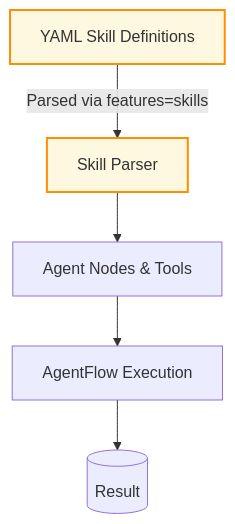
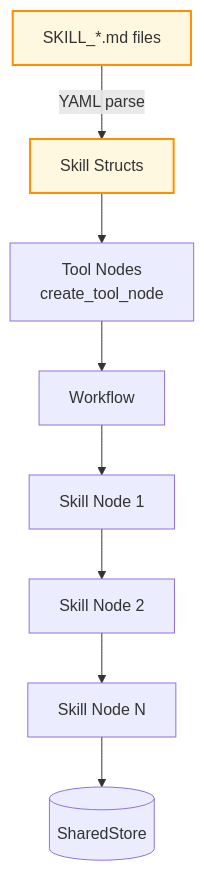
Before and after one commit to EzekTec-Inc/AgentFlow: the diagram in examples/RUST_AGENTIC_SKILLS.md, drawn with Mermaid. The commit also changed other lines of this file and 23 other files, not shown here.

````diff
--- a/examples/RUST_AGENTIC_SKILLS.md
+++ b/examples/RUST_AGENTIC_SKILLS.md
@@ -18,10 +47,13 @@
 ```mermaid
 graph TD
-    YAML[YAML Skill Definitions] -->|Parsed via features=skills| Parser[Skill Parser]
-    Parser --> Nodes[Agent Nodes & Tools]
-    Nodes --> Flow[AgentFlow Execution]
-    Flow --> End[(Result)]
-    
+    Files[SKILL_*.md files] -->|YAML parse| Skills[Skill Structs]
+    Skills --> Nodes[Tool Nodes<br>create_tool_node]
+    Nodes --> Workflow[Workflow]
+    Workflow --> S1[Skill Node 1]
+    S1 --> S2[Skill Node 2]
+    S2 --> SN[Skill Node N]
+    SN --> Output[(SharedStore)]
+
     classDef skill fill:#fff8e1,stroke:#ff8f00,stroke-width:2px;
-    class YAML,Parser skill;
+    class Files,Skills skill;
 ```
````
